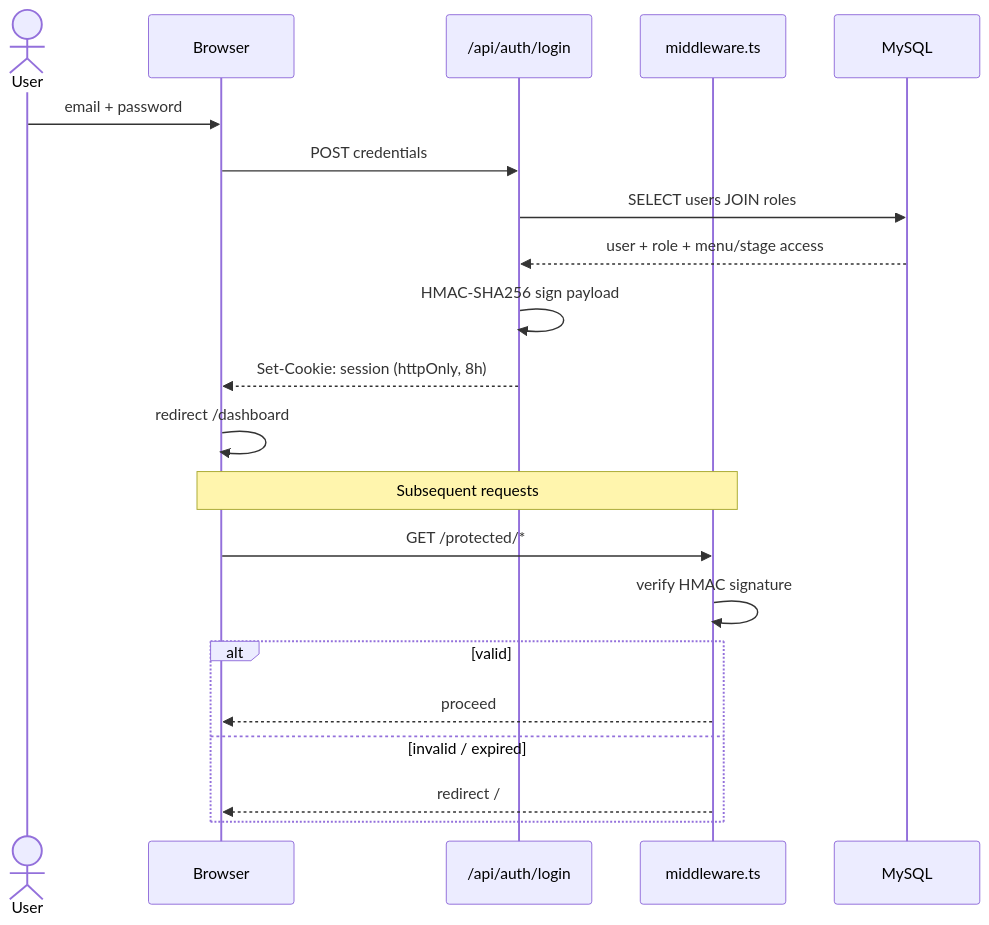
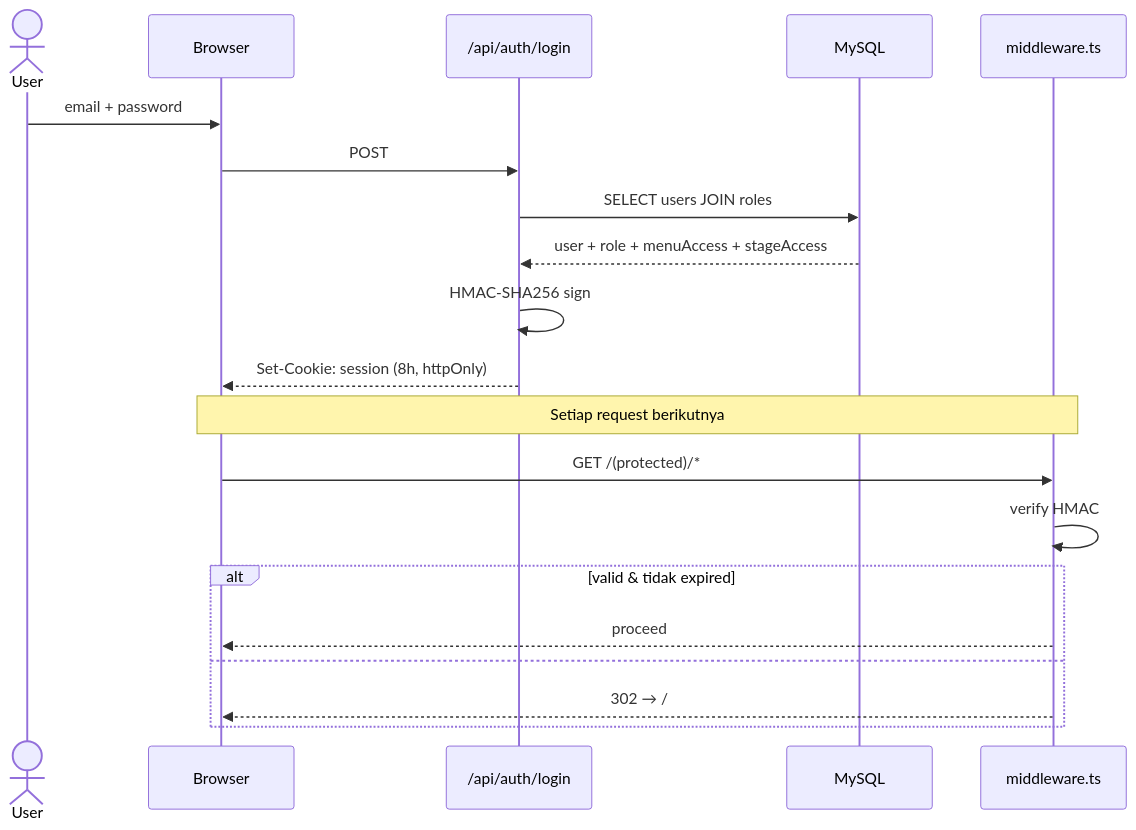
The second of 8 diagrams in README.md (EzraNahumury/web_crm), drawn with Mermaid before and after one commit. The commit also changed other lines of this file, not shown here.

````diff
--- a/README.md
+++ b/README.md
@@ -157,25 +247,24 @@
 ```mermaid
 sequenceDiagram
     actor User
     participant Browser
     participant Login as /api/auth/login
+    participant DB as MySQL
     participant MW as middleware.ts
-    participant DB as MySQL
 
     User->>Browser: email + password
-    Browser->>Login: POST credentials
+    Browser->>Login: POST
     Login->>DB: SELECT users JOIN roles
-    DB-->>Login: user + role + menu/stage access
-    Login->>Login: HMAC-SHA256 sign payload
-    Login-->>Browser: Set-Cookie: session (httpOnly, 8h)
-    Browser->>Browser: redirect /dashboard
+    DB-->>Login: user + role + menuAccess + stageAccess
+    Login->>Login: HMAC-SHA256 sign
+    Login-->>Browser: Set-Cookie: session (8h, httpOnly)
 
-    Note over Browser,MW: Subsequent requests
-    Browser->>MW: GET /protected/*
-    MW->>MW: verify HMAC signature
-    alt valid
+    Note over Browser,MW: Setiap request berikutnya
+    Browser->>MW: GET /(protected)/*
+    MW->>MW: verify HMAC
+    alt valid & tidak expired
         MW-->>Browser: proceed
-    else invalid / expired
-        MW-->>Browser: redirect /
+    else
+        MW-->>Browser: 302 → /
     end
 ```
````
